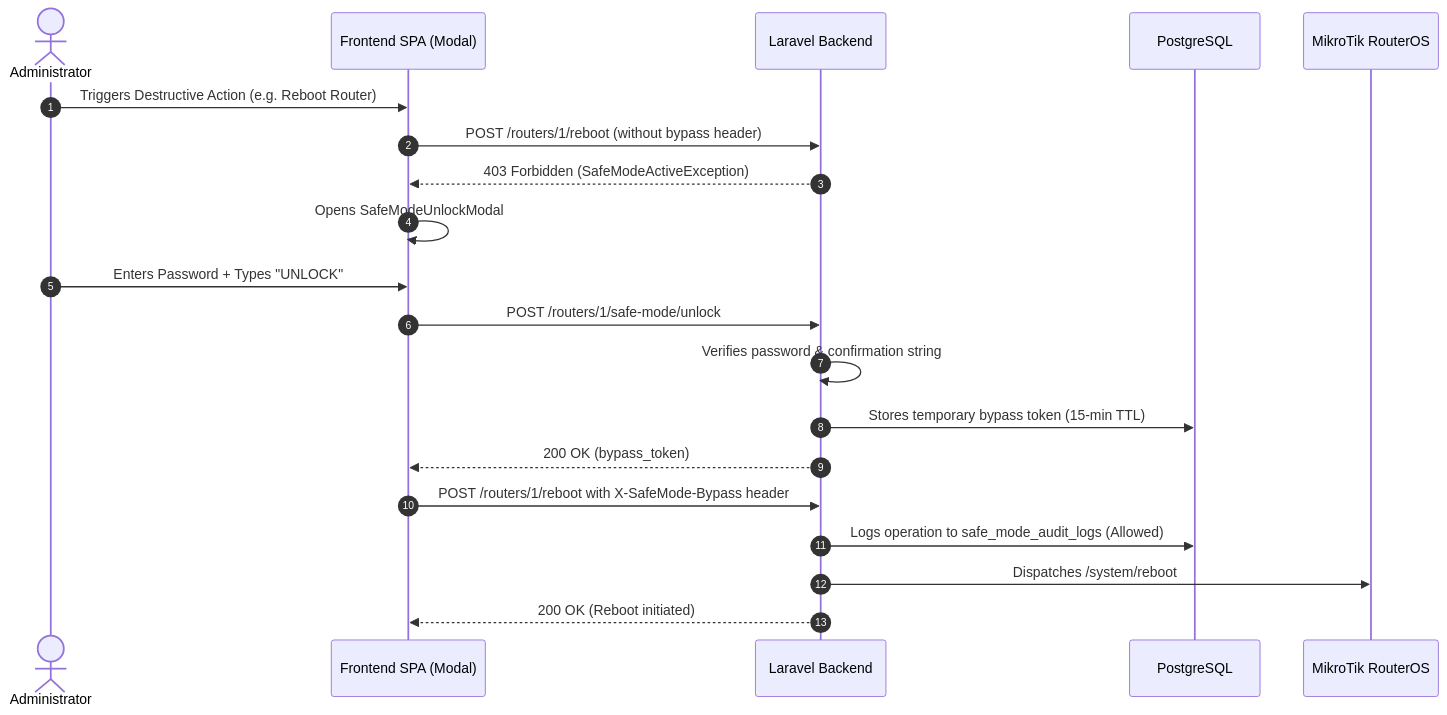
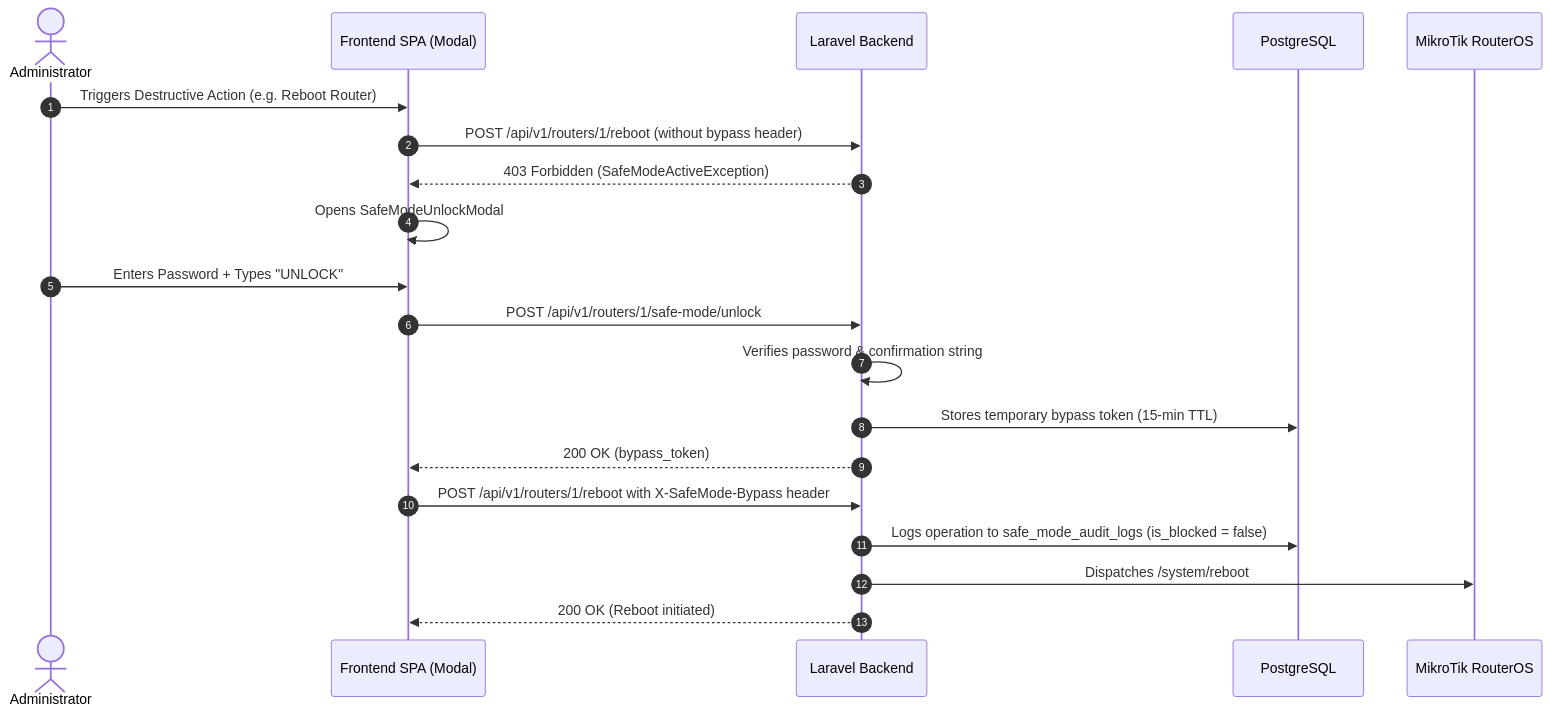
Before and after one commit to RifkyR3/TikPulse: the diagram in docs/safe-mode.md, drawn with Mermaid. The commit also changed other lines of this file and 48 other files, not shown here.

````diff
--- a/docs/safe-mode.md
+++ b/docs/safe-mode.md
@@ -32,23 +55,23 @@
 ```mermaid
 sequenceDiagram
     autonumber
     actor Admin as Administrator
     participant UI as Frontend SPA (Modal)
     participant API as Laravel Backend
     participant DB as PostgreSQL
     participant ROS as MikroTik RouterOS
 
     Admin->>UI: Triggers Destructive Action (e.g. Reboot Router)
-    UI->>API: POST /routers/1/reboot (without bypass header)
+    UI->>API: POST /api/v1/routers/1/reboot (without bypass header)
     API-->>UI: 403 Forbidden (SafeModeActiveException)
     UI->>UI: Opens SafeModeUnlockModal
     Admin->>UI: Enters Password + Types "UNLOCK"
-    UI->>API: POST /routers/1/safe-mode/unlock
+    UI->>API: POST /api/v1/routers/1/safe-mode/unlock
     API->>API: Verifies password & confirmation string
     API->>DB: Stores temporary bypass token (15-min TTL)
     API-->>UI: 200 OK (bypass_token)
-    UI->>API: POST /routers/1/reboot with X-SafeMode-Bypass header
-    API->>DB: Logs operation to safe_mode_audit_logs (Allowed)
+    UI->>API: POST /api/v1/routers/1/reboot with X-SafeMode-Bypass header
+    API->>DB: Logs operation to safe_mode_audit_logs (is_blocked = false)
     API->>ROS: Dispatches /system/reboot
     API-->>UI: 200 OK (Reboot initiated)
 ```
````
